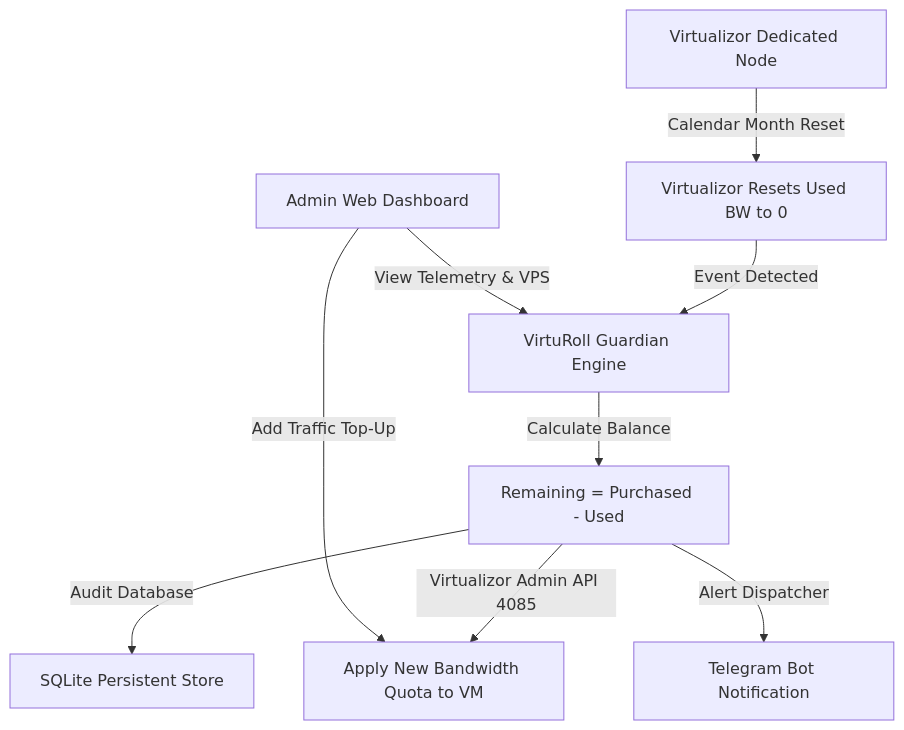
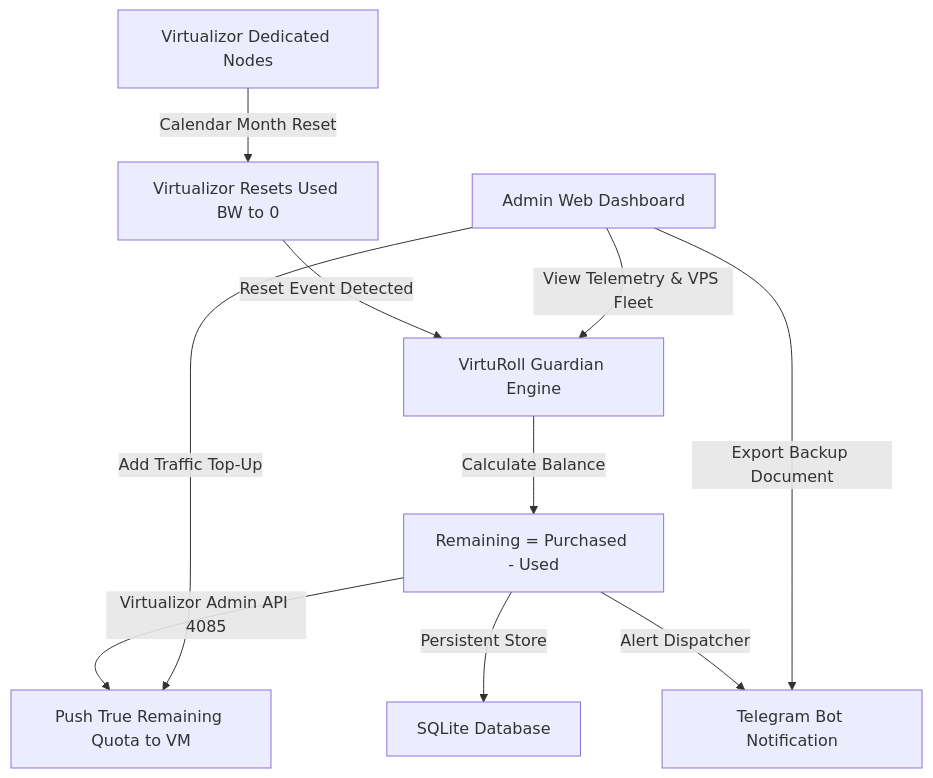
One commit to a-salemi/Virtualizor-Traffic-Rollover changed the diagram in README.md. Above: the diagram before and after it, drawn with Mermaid. The commit also changed other lines of this file and 12 other files, not shown here.

Commit message:
feat: complete multi-node source of truth, telegram document backup, audit log purge & refresh, multi-language expansion (RU, ZH, TR, AR) and localized documentation

````diff
--- a/README.md
+++ b/README.md
@@ -75,11 +84,12 @@
 ```mermaid
 flowchart TD
-    A["Virtualizor Dedicated Node"] -->|Calendar Month Reset| B["Virtualizor Resets Used BW to 0"]
-    B -->|Event Detected| C["VirtuRoll Guardian Engine"]
+    A["Virtualizor Dedicated Nodes"] -->|Calendar Month Reset| B["Virtualizor Resets Used BW to 0"]
+    B -->|Reset Event Detected| C["VirtuRoll Guardian Engine"]
     C -->|Calculate Balance| D["Remaining = Purchased - Used"]
-    D -->|Virtualizor Admin API 4085| E["Apply New Bandwidth Quota to VM"]
-    D -->|Audit Database| F["SQLite Persistent Store"]
+    D -->|Virtualizor Admin API 4085| E["Push True Remaining Quota to VM"]
+    D -->|Persistent Store| F["SQLite Database"]
     D -->|Alert Dispatcher| G["Telegram Bot Notification"]
-    H["Admin Web Dashboard"] -->|View Telemetry & VPS| C
+    H["Admin Web Dashboard"] -->|View Telemetry & VPS Fleet| C
     H -->|Add Traffic Top-Up| E
+    H -->|Export Backup Document| G
 ```
````
